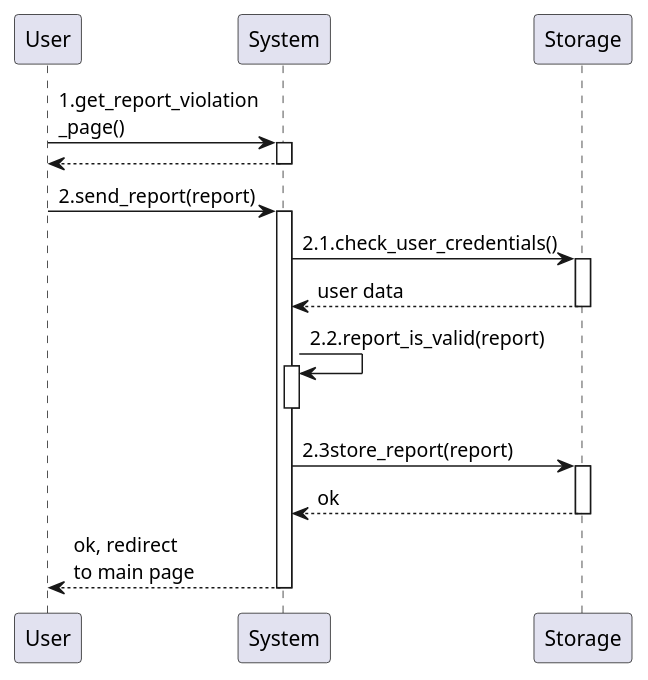
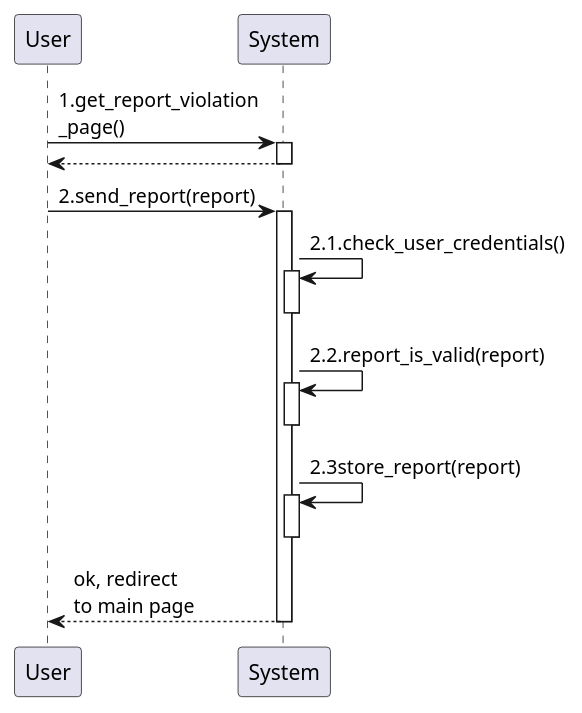
One commit to GiorgioUghini/SafeStreets changed the first of 6 diagrams in RASD/materials/uml/useCases/reports.wsd. Above: the diagram before and after it, drawn with PlantUML. The commit also changed other lines of this file and 19 other files, not shown here.

Commit message:
Remove storage in sequence diagrams in RASD

```diff
--- a/RASD/materials/uml/useCases/reports.wsd
+++ b/RASD/materials/uml/useCases/reports.wsd
@@ -1,18 +1,17 @@
 @startuml creation_of_new_report
     participant User as U
     participant System as S
-    participant Storage as ST
 
     autoactivate on
 
     U -> S: 1.get_report_violation\n_page()
     return
     U -> S: 2.send_report(report)
-    S -> ST: 2.1.check_user_credentials()
-    return user data
+    S -> S: 2.1.check_user_credentials()
+    deactivate S
     S -> S: 2.2.report_is_valid(report)
     deactivate S
-    S -> ST: 2.3store_report(report)
-    return ok
+    S -> S: 2.3store_report(report)
+    deactivate S
     return ok, redirect\nto main page
 @enduml
```
